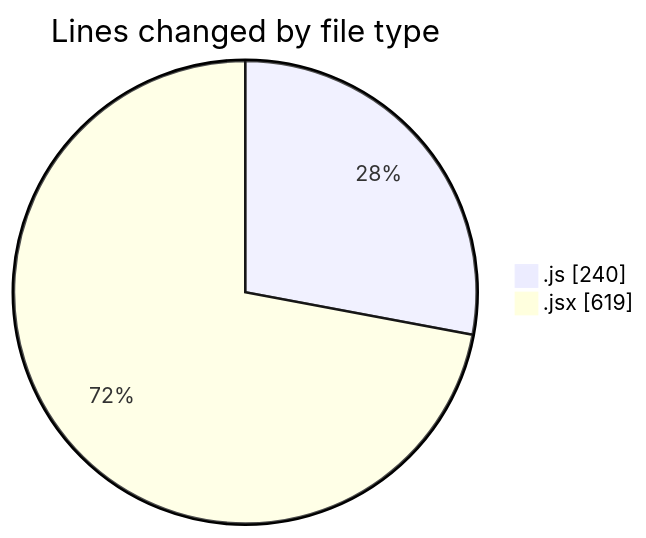
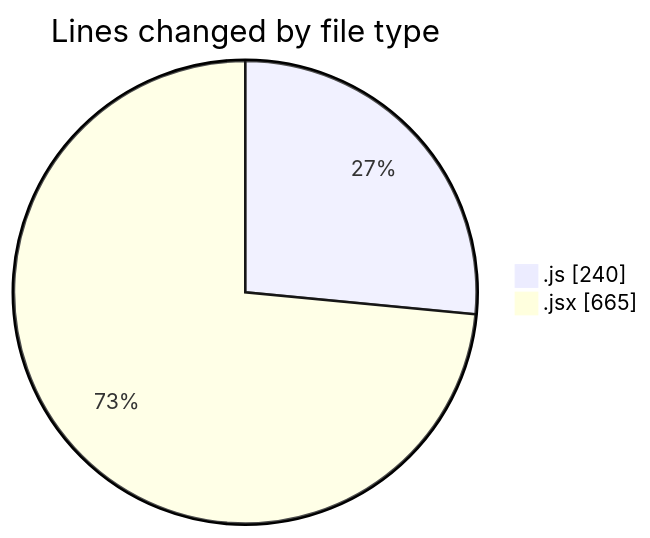
Before and after one commit to nxtqubesakshisongat/code-tracking: the first of 2 diagrams in 2026-01-19/nxtqube_webapp/README.md, drawn with Mermaid. The commit also changed other lines of this file and 1 other file, not shown here.

````diff
--- a/2026-01-19/nxtqube_webapp/README.md
+++ b/2026-01-19/nxtqube_webapp/README.md
@@ -25,6 +25,6 @@
 ```mermaid
 pie showData
 title Lines changed by file type
 ".js" : 240
-".jsx" : 619
+".jsx" : 665
 ```
````
